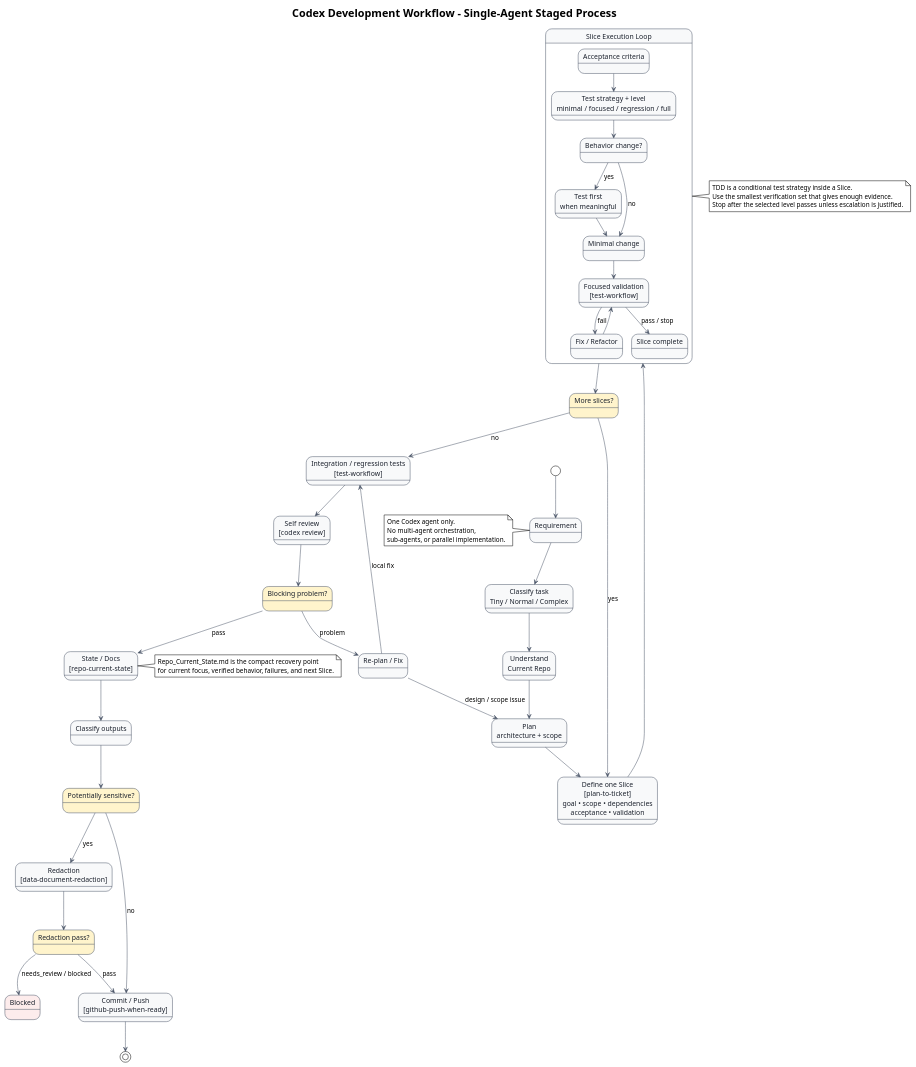
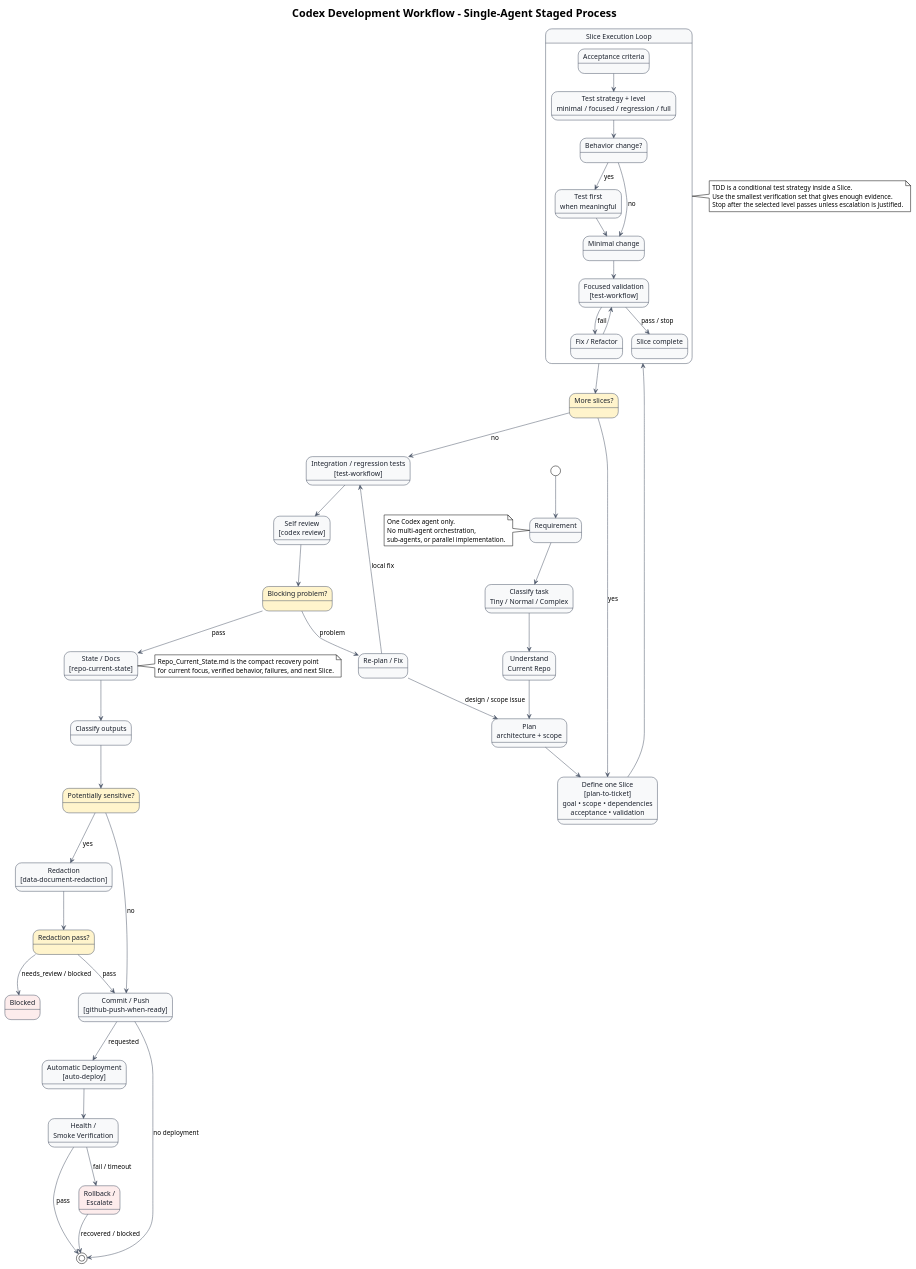
One commit to i-zrhe2016/codex-development-workflow changed the diagram in docs/diagrams/architecture.puml. Above: the diagram before and after it, drawn with PlantUML. The commit also changed 5 other files, not shown here.

Commit message:
docs(architecture): reflect automatic deployment flow

```diff
--- a/docs/diagrams/architecture.puml
+++ b/docs/diagrams/architecture.puml
@@ -1,96 +1,104 @@
 @startuml
 !theme plain
 top to bottom direction
 skinparam backgroundColor #FFFFFF
 skinparam defaultFontName Arial
 skinparam ArrowColor #4A5568
 skinparam state {
   BackgroundColor #F8F9FA
   BorderColor #4A5568
   FontColor #1A202C
 }
 
 title Codex Development Workflow - Single-Agent Staged Process
 
 state "Requirement" as requirement
 state "Classify task\nTiny / Normal / Complex" as classify
 state "Understand\nCurrent Repo" as context
 state "Plan\narchitecture + scope" as plan
 state "Define one Slice\n[plan-to-ticket]\ngoal • scope • dependencies\nacceptance • validation" as slice
 
 state "Slice Execution Loop" as execute {
   state "Acceptance criteria" as acceptance
   state "Test strategy + level\nminimal / focused / regression / full" as strategy
   state "Behavior change?" as behavior
   state "Test first\nwhen meaningful" as test_first
   state "Minimal change" as implement
   state "Focused validation\n[test-workflow]" as tests
   state "Fix / Refactor" as fix
   state "Slice complete" as complete
 
   acceptance --> strategy
   strategy --> behavior
   behavior --> test_first : yes
   behavior --> implement : no
   test_first --> implement
   implement --> tests
   tests --> complete : pass / stop
   tests --> fix : fail
   fix --> tests
 }
 
 state "More slices?" as more #FFF4CC
 state "Integration / regression tests\n[test-workflow]" as integration
 state "Self review\n[codex review]" as review
 state "Blocking problem?" as blocking #FFF4CC
 state "Re-plan / Fix" as replan
 state "State / Docs\n[repo-current-state]" as state_docs
 state "Classify outputs" as classify_outputs
 state "Potentially sensitive?" as sensitive #FFF4CC
 state "Redaction\n[data-document-redaction]" as redaction
 state "Redaction pass?" as redaction_gate #FFF4CC
 state "Commit / Push\n[github-push-when-ready]" as publish
+state "Automatic Deployment\n[auto-deploy]" as deployment
+state "Health /\nSmoke Verification" as deploy_verify
+state "Rollback /\nEscalate" as rollback #FDECEC
 state "Blocked" as blocked #FDECEC
 
 [*] --> requirement
 requirement --> classify
 classify --> context
 context --> plan
 plan --> slice
 slice --> execute
 execute --> more
 more --> slice : yes
 more --> integration : no
 integration --> review
 review --> blocking
 blocking --> replan : problem
 blocking --> state_docs : pass
 replan --> plan : design / scope issue
 replan --> integration : local fix
 state_docs --> classify_outputs
 classify_outputs --> sensitive
 sensitive --> redaction : yes
 sensitive --> publish : no
 redaction --> redaction_gate
 redaction_gate --> publish : pass
 redaction_gate --> blocked : needs_review / blocked
-publish --> [*]
+publish --> deployment : requested
+publish --> [*] : no deployment
+deployment --> deploy_verify
+deploy_verify --> [*] : pass
+deploy_verify --> rollback : fail / timeout
+rollback --> [*] : recovered / blocked
 
 note right of execute
 TDD is a conditional test strategy inside a Slice.
 Use the smallest verification set that gives enough evidence.
 Stop after the selected level passes unless escalation is justified.
 end note
 
 note right of state_docs
 Repo_Current_State.md is the compact recovery point
 for current focus, verified behavior, failures, and next Slice.
 end note
 
 note left of requirement
 One Codex agent only.
 No multi-agent orchestration,
 sub-agents, or parallel implementation.
 end note
 
 @enduml
```
